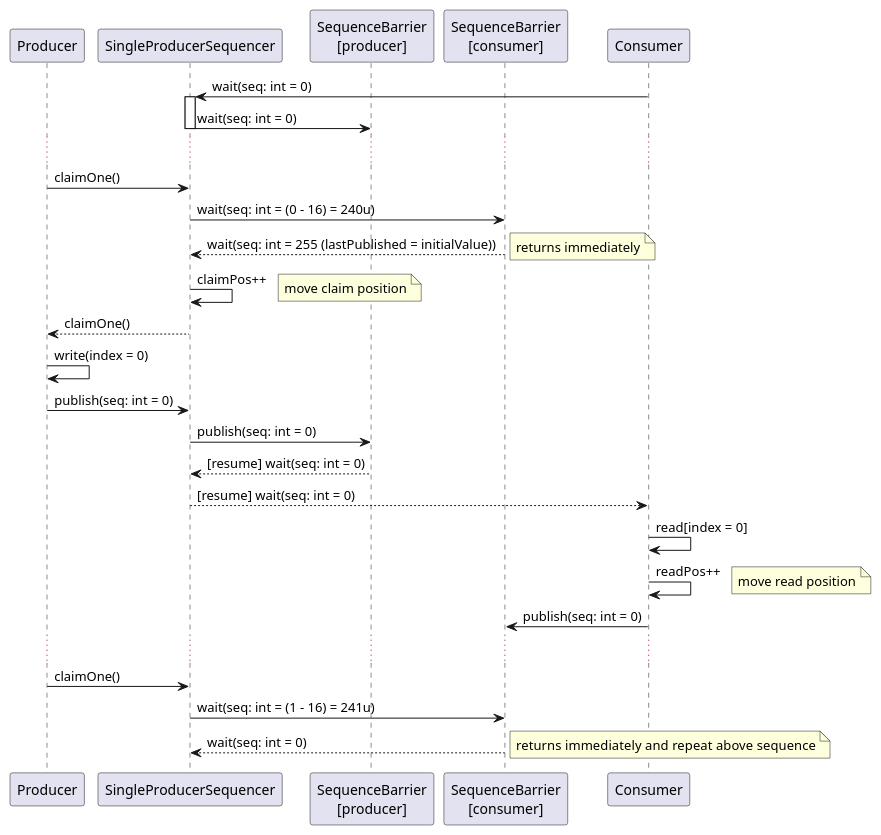
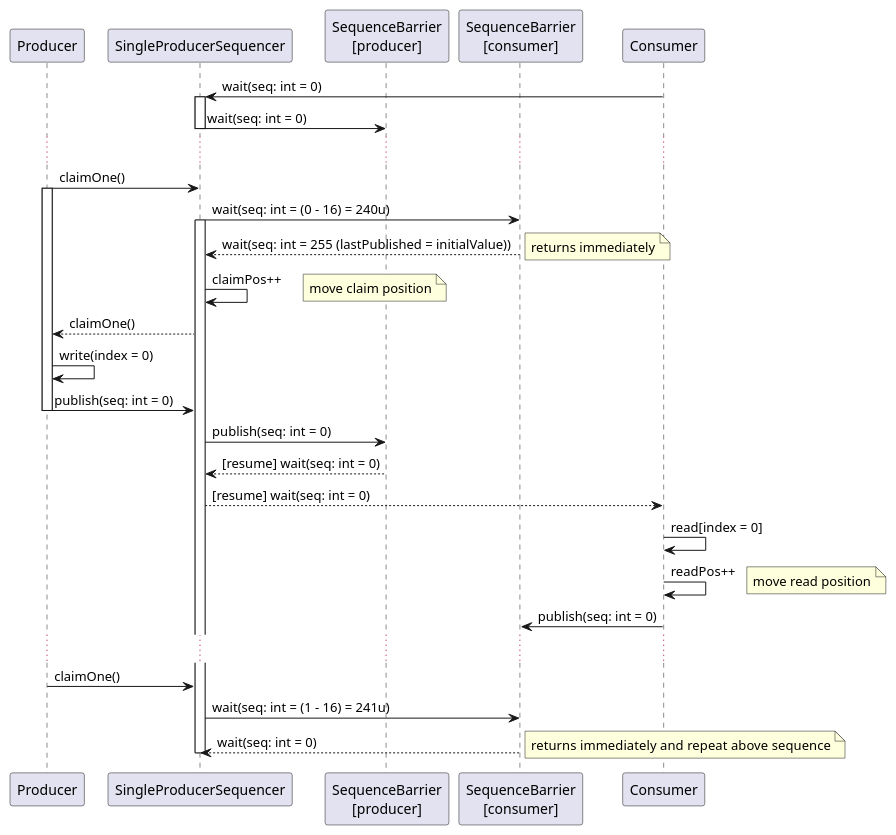
Before and after one commit to denoming/cpp-in-action: the diagram in src/asio/coro/primitives/include/SingleProducerSequencer.md, drawn with PlantUML. The commit also changed 2 other files, not shown here.

Commit message:
impl closing in sequencer

````diff
--- a/src/asio/coro/primitives/include/SingleProducerSequencer.md
+++ b/src/asio/coro/primitives/include/SingleProducerSequencer.md
@@ -16,38 +16,42 @@
 ```plantuml
 @startuml
 
 participant Producer
 participant SingleProducerSequencer
 participant "SequenceBarrier\n[producer]" as SBP 
 participant "SequenceBarrier\n[consumer]" as SBC
 participant Consumer
 
 Consumer -> SingleProducerSequencer : wait(seq: int = 0)
 activate SingleProducerSequencer
 SingleProducerSequencer -> SBP : wait(seq: int = 0)
 deactivate SingleProducerSequencer
 ...
 Producer -> SingleProducerSequencer : claimOne()
+activate Producer
 SingleProducerSequencer -> SBC : wait(seq: int = (0 - 16) = 240u)
+activate SingleProducerSequencer
 SingleProducerSequencer <-- SBC : wait(seq: int = 255 (lastPublished = initialValue))
 note right: returns immediately
 SingleProducerSequencer -> SingleProducerSequencer : claimPos++
 note right: move claim position
 Producer <-- SingleProducerSequencer : claimOne()
 Producer -> Producer : write(index = 0)
 Producer -> SingleProducerSequencer : publish(seq: int = 0)
+deactivate Producer
 SingleProducerSequencer -> SBP : publish(seq: int = 0)
 SingleProducerSequencer <-- SBP : [resume] wait(seq: int = 0)
 Consumer <-- SingleProducerSequencer : [resume] wait(seq: int = 0)
 Consumer -> Consumer : read[index = 0]
 Consumer -> Consumer : readPos++
 note right: move read position
 Consumer -> SBC : publish(seq: int = 0)
 ...
 Producer -> SingleProducerSequencer : claimOne()
 SingleProducerSequencer -> SBC : wait(seq: int = (1 - 16) = 241u)
 SingleProducerSequencer <-- SBC : wait(seq: int = 0)
 note right: returns immediately  and repeat above sequence
+deactivate SingleProducerSequencer
 
 @enduml
 ```
````
